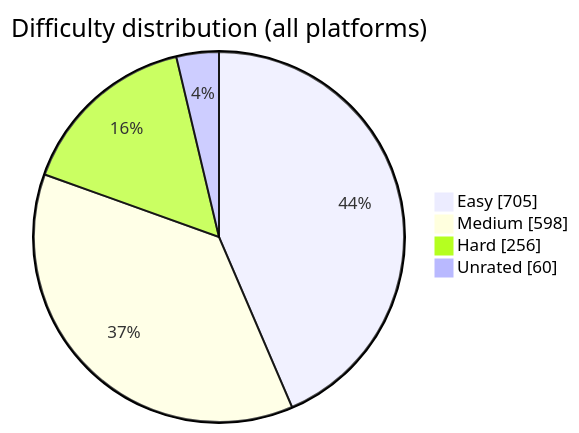
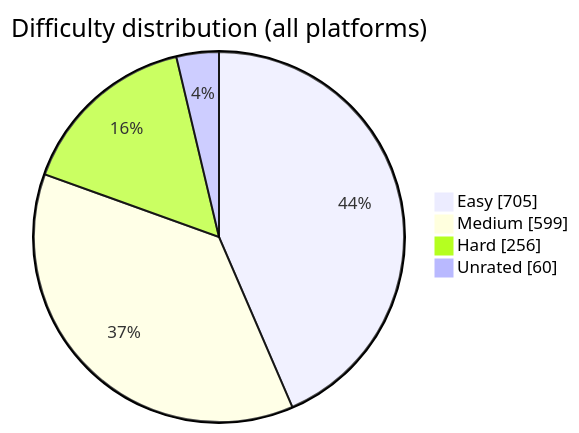
The diagram in README.md (BuildbyArindam/Daily-Coding-Log), drawn with Mermaid before and after one commit. The commit also changed other lines of this file, not shown here.

````diff
--- a/README.md
+++ b/README.md
@@ -93,7 +93,7 @@
 ```mermaid
 pie showData title Difficulty distribution (all platforms)
     "Easy" : 705
-    "Medium" : 598
+    "Medium" : 599
     "Hard" : 256
     "Unrated" : 60
 ```
````
